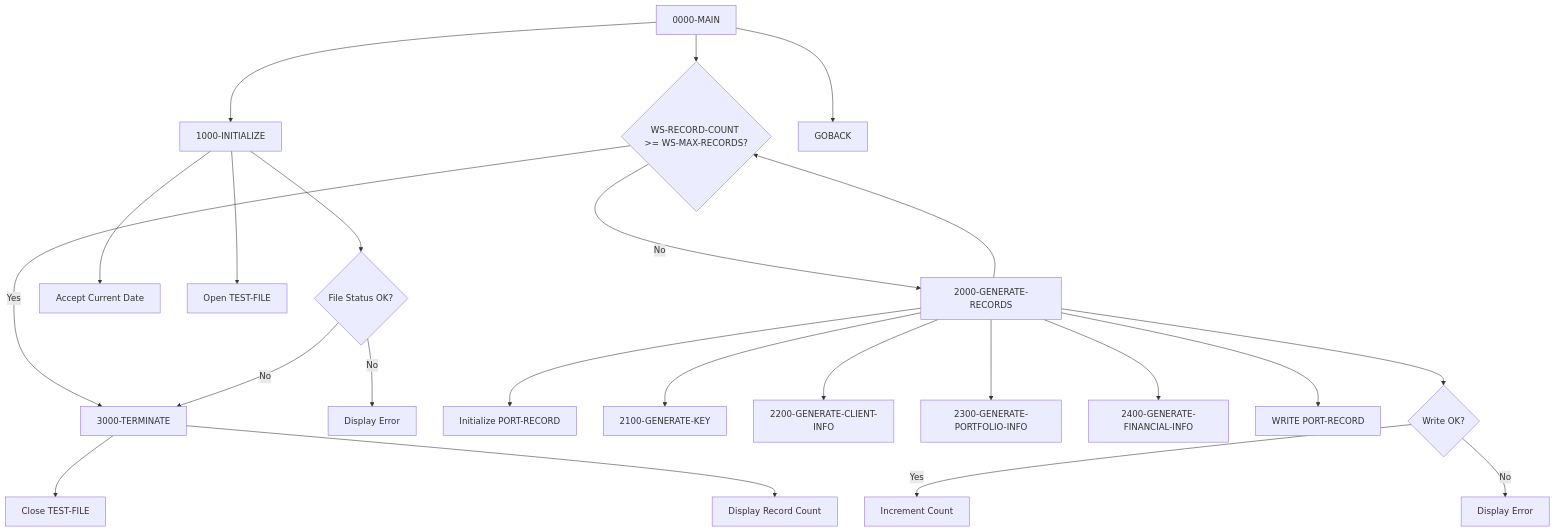
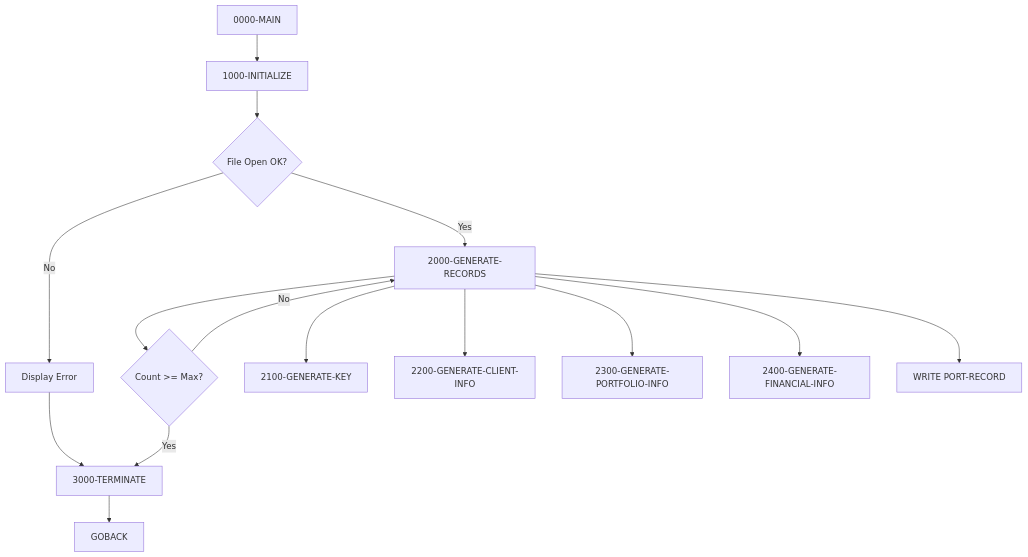
One commit to haladir-com/legacy-benchmark-docs-vb70e1 changed the diagram in docs/programs/PORTTEST.mdx. Above: the diagram before and after it, drawn with Mermaid. The commit also changed other lines of this file and 63 other files, not shown here.

````diff
--- a/docs/programs/PORTTEST.mdx
+++ b/docs/programs/PORTTEST.mdx
@@ -16,28 +20,18 @@
 ```mermaid
 graph TD
     A[0000-MAIN] --> B[1000-INITIALIZE]
-    A --> C{WS-RECORD-COUNT >= WS-MAX-RECORDS?}
-    C -->|No| D[2000-GENERATE-RECORDS]
-    D --> C
-    C -->|Yes| E[3000-TERMINATE]
-    A --> F[GOBACK]
+    B --> C{File Open OK?}
+    C -->|No| D[Display Error]
+    D --> E[3000-TERMINATE]
+    E --> F[GOBACK]
+    C -->|Yes| G[2000-GENERATE-RECORDS]
+    G --> H{Count >= Max?}
+    H -->|No| G
+    H -->|Yes| E
     
-    B --> B1[Accept Current Date]
-    B --> B2[Open TEST-FILE]
-    B --> B3{File Status OK?}
-    B3 -->|No| B4[Display Error]
-    B3 -->|No| E
-    
-    D --> D1[Initialize PORT-RECORD]
-    D --> D2[2100-GENERATE-KEY]
-    D --> D3[2200-GENERATE-CLIENT-INFO]
-    D --> D4[2300-GENERATE-PORTFOLIO-INFO]
-    D --> D5[2400-GENERATE-FINANCIAL-INFO]
-    D --> D6[WRITE PORT-RECORD]
-    D --> D7{Write OK?}
-    D7 -->|Yes| D8[Increment Count]
-    D7 -->|No| D9[Display Error]
-    
-    E --> E1[Close TEST-FILE]
-    E --> E2[Display Record Count]
+    G --> G1[2100-GENERATE-KEY]
+    G --> G2[2200-GENERATE-CLIENT-INFO]
+    G --> G3[2300-GENERATE-PORTFOLIO-INFO]
+    G --> G4[2400-GENERATE-FINANCIAL-INFO]
+    G --> G5[WRITE PORT-RECORD]
 ```
````
